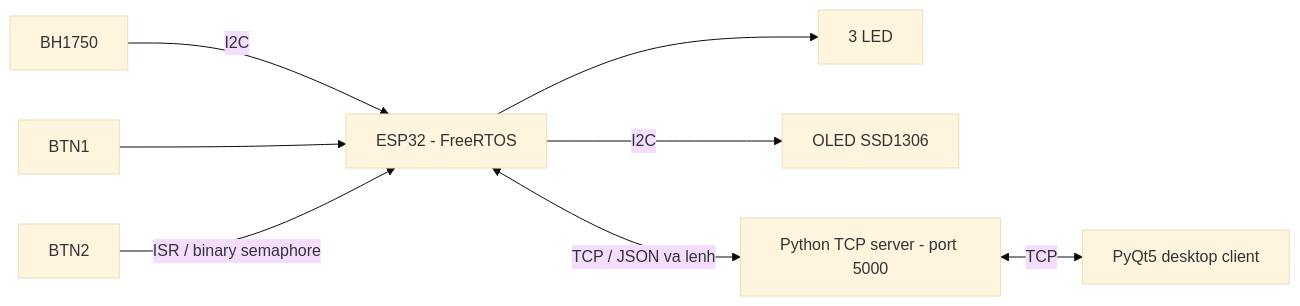
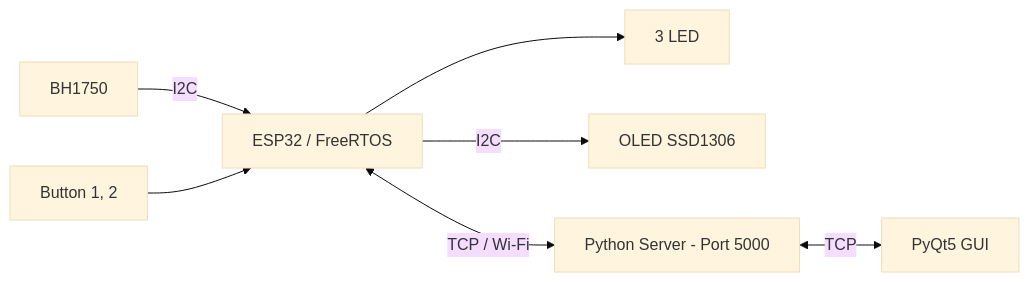
The diagram in README.md (haquanghuy1230-wq/esp32-freertos-control-system), drawn with Mermaid (base theme) before and after one commit. The commit also changed other lines of this file and 30 other files, not shown here.

````diff
--- a/README.md
+++ b/README.md
@@ -42,10 +80,9 @@
 ```mermaid
 flowchart LR
-    BH[BH1750] -->|I2C| ESP[ESP32 - FreeRTOS]
-    B1[BTN1] --> ESP
-    B2[BTN2] -->|ISR / binary semaphore| ESP
+    BH[BH1750] -->|I2C| ESP[ESP32 / FreeRTOS]
+    BTN[Button 1, 2] --> ESP
     ESP --> LED[3 LED]
     ESP -->|I2C| OLED[OLED SSD1306]
-    ESP <-->|TCP / JSON va lenh| SERVER[Python TCP server - port 5000]
-    SERVER <-->|TCP| GUI[PyQt5 desktop client]
+    ESP <-->|TCP / Wi-Fi| SERVER[Python Server - Port 5000]
+    SERVER <-->|TCP| GUI[PyQt5 GUI]
 ```
````
